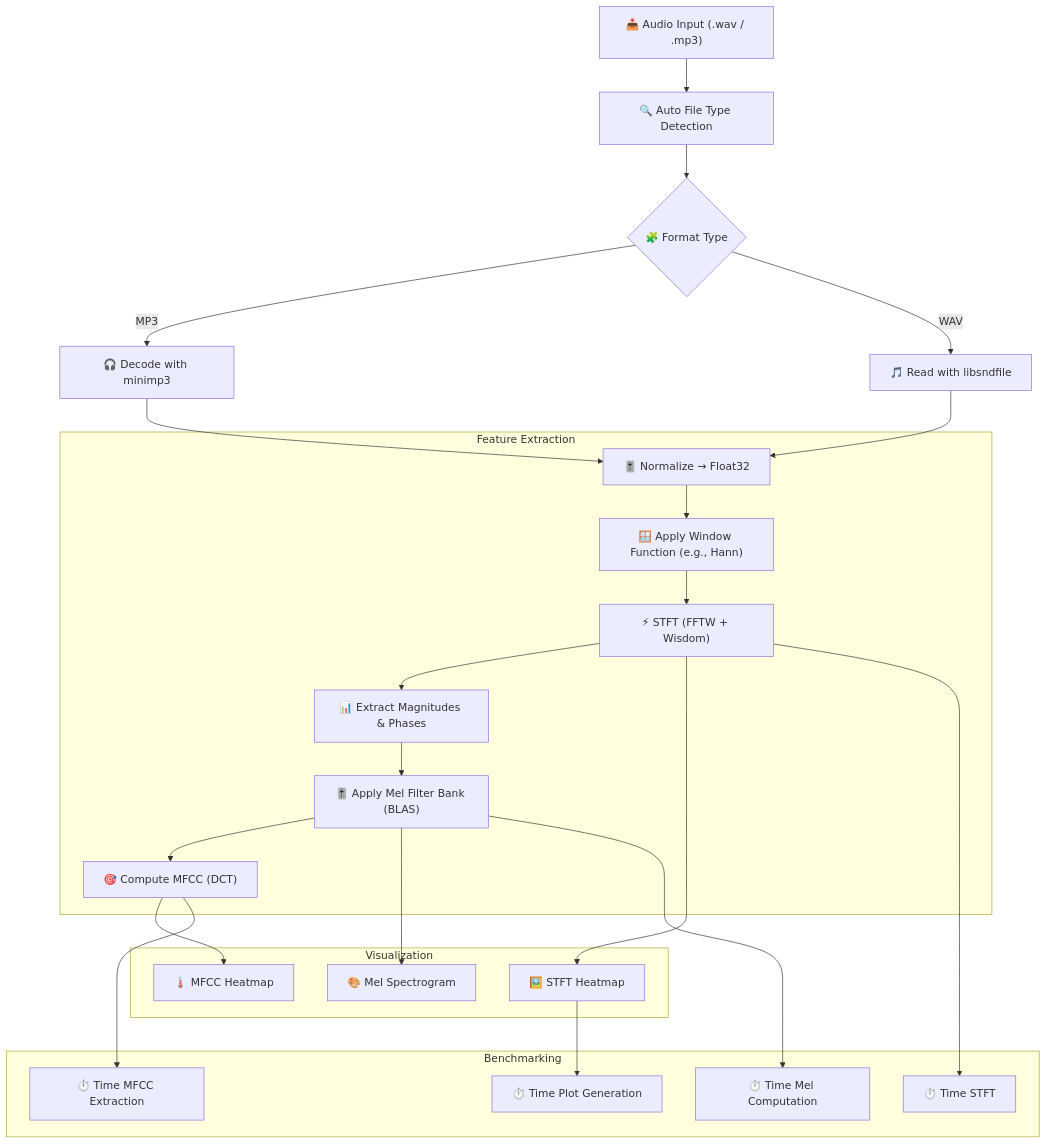
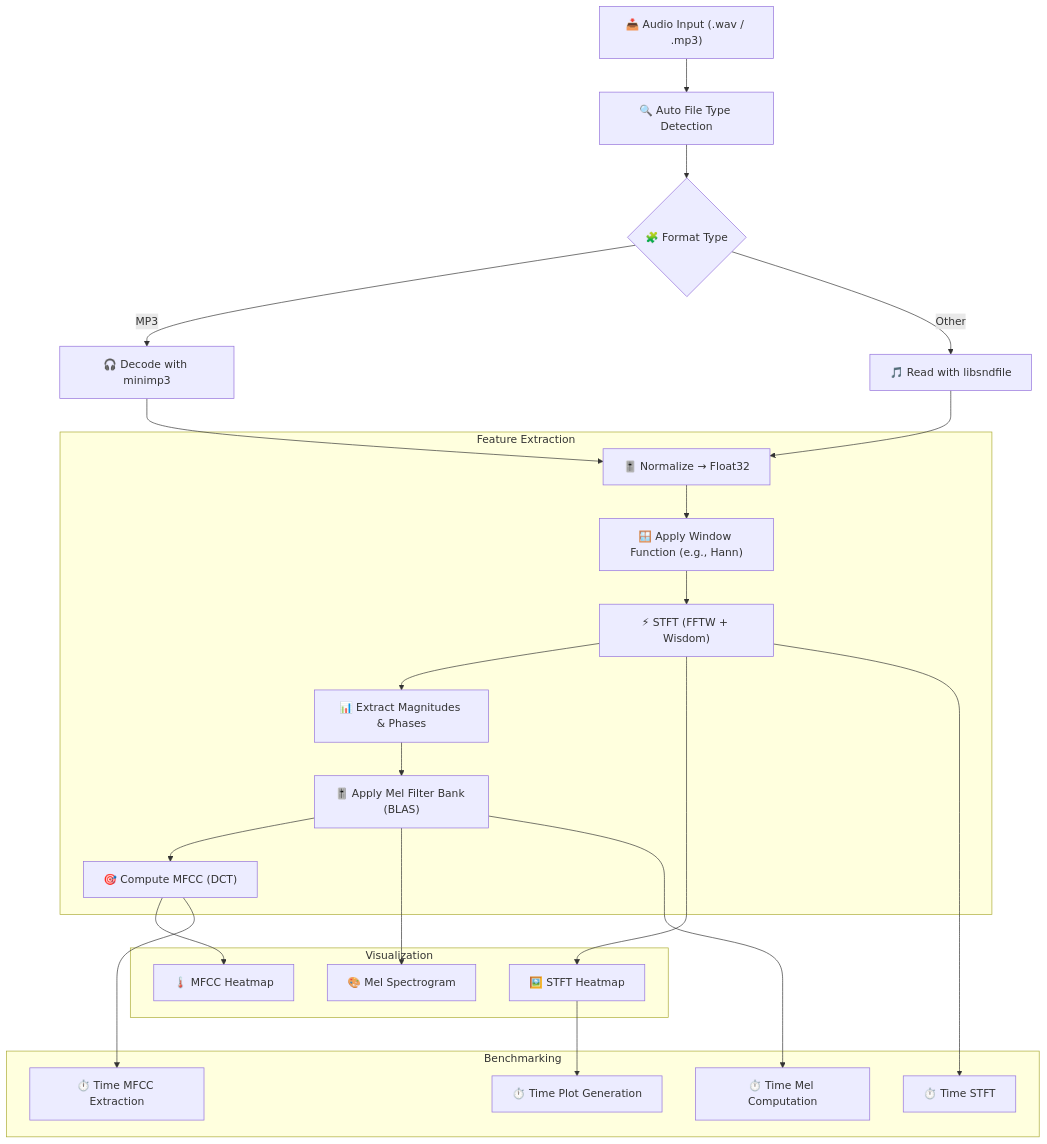
One commit to 8g6-new/c_spectrogram changed the diagram in README.md. Above: the diagram before and after it, drawn with Mermaid.

````diff
--- a/README.md
+++ b/README.md
@@ -21,50 +21,50 @@
 ```mermaid
 %%{init: {
   "theme": "base",
   "themeVariables": {
     "primaryColor": "#1e1e1e",          %% Node background (very dark)
     "primaryTextColor": "#ffffff",      %% Text color (white)
     "primaryBorderColor": "#ffaa00",    %% Orange border for visibility
     "clusterBkg": "#2a2a2a",            %% Subgraph background (dark gray)
     "clusterBorder": "#ffaa00",         %% Subgraph border color
     "lineColor": "#ffaa00",             %% Arrow color
     "fontSize": "14px",
     "fontFamily": "monospace"
   }
 }}%%
 
 flowchart TD
 
     %% Input and Decoding
     A["📥 Audio Input (.wav / .mp3)"] --> B["🔍 Auto File Type Detection"]
     B --> C{"🧩 Format Type"}
     C -->|MP3| D["🎧 Decode with minimp3"]
-    C -->|WAV| E["🎵 Read with libsndfile"]
+    C -->|Other| E["🎵 Read with libsndfile"]
     D --> F["🎚️ Normalize → Float32"]
     E --> F
 
     %% Feature Extraction
     subgraph Feature Extraction
         F --> G["🪟 Apply Window Function (e.g., Hann)"]
         G --> H["⚡ STFT (FFTW + Wisdom)"]
         H --> I["📊 Extract Magnitudes & Phases"]
         I --> J["🎚️ Apply Mel Filter Bank (BLAS)"]
         J --> K["🎯 Compute MFCC (DCT)"]
     end
 
     %% Visualization
     subgraph Visualization
         H --> V1["🖼️ STFT Heatmap"]
         J --> V2["🎨 Mel Spectrogram"]
         K --> V3["🌡️ MFCC Heatmap"]
     end
 
     %% Benchmarking
     subgraph Benchmarking
         H --> B1["⏱️ Time STFT"]
         J --> B2["⏱️ Time Mel Computation"]
         K --> B3["⏱️ Time MFCC Extraction"]
         V1 --> B4["⏱️ Time Plot Generation"]
     end
 
 ```
````
